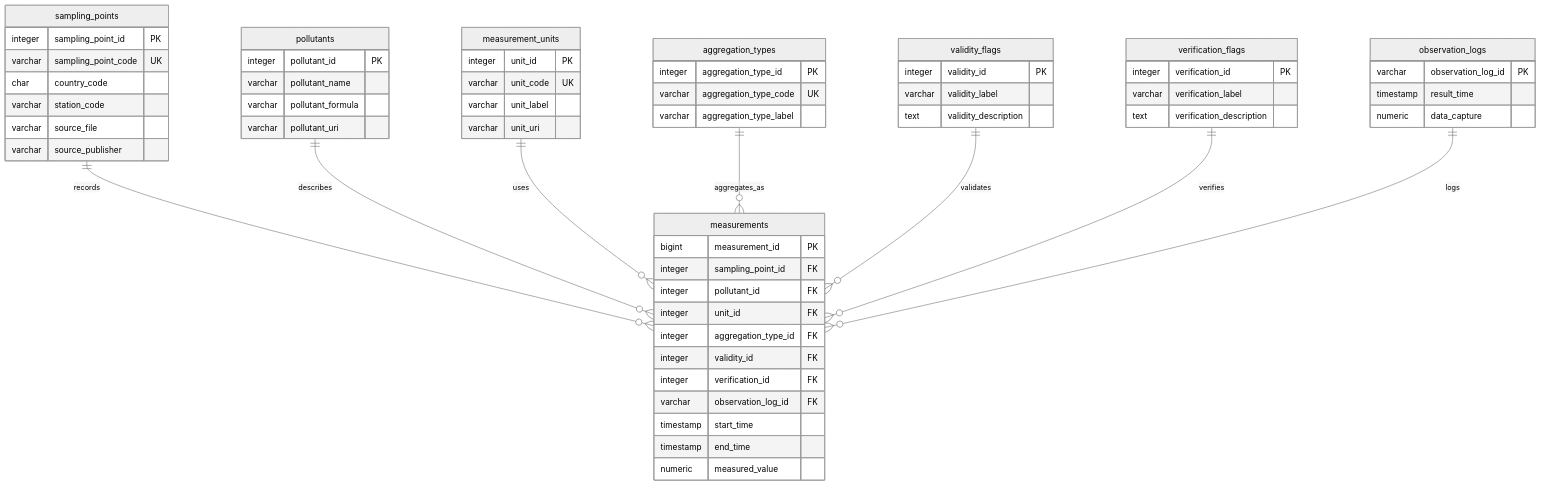
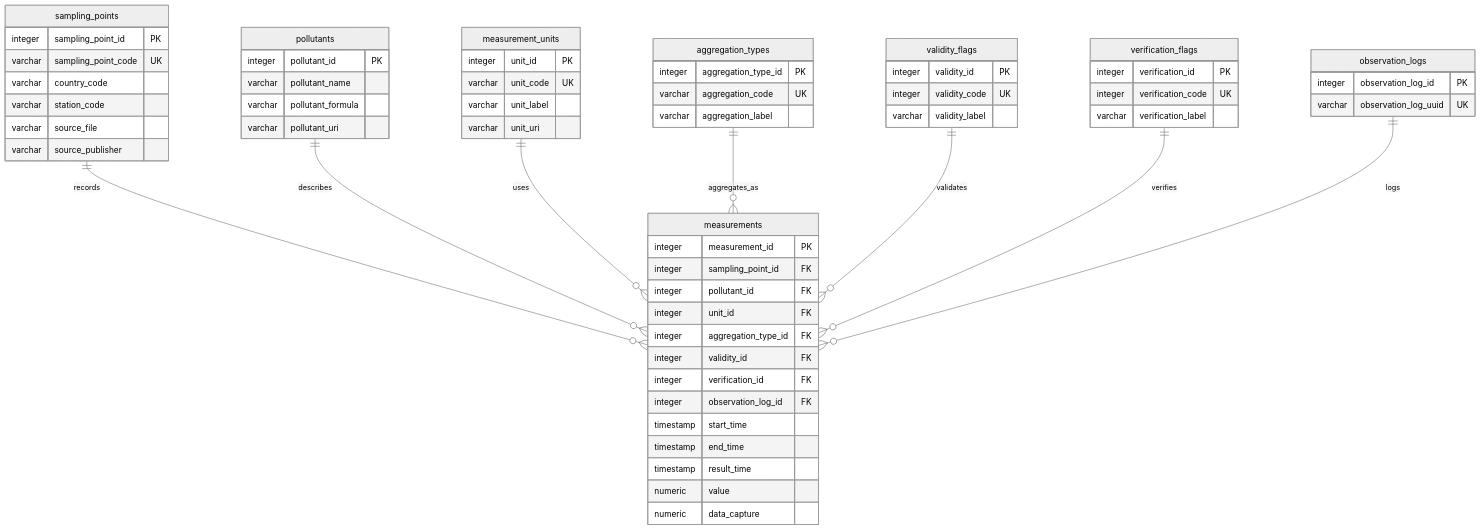
Before and after one commit to tayyabsajjad3/no2-air-quality-classification-austria: the diagram in docs/er-diagram.md, drawn with Mermaid (neutral theme). The commit also changed other lines of this file and 8 other files, not shown here.

Commit message:
Record DBRepo schema setup and align A/B metadata

````diff
--- a/docs/er-diagram.md
+++ b/docs/er-diagram.md
@@ -3,71 +3,72 @@
 ```mermaid
 erDiagram
     sampling_points ||--o{ measurements : records
     pollutants ||--o{ measurements : describes
     measurement_units ||--o{ measurements : uses
     aggregation_types ||--o{ measurements : aggregates_as
     validity_flags ||--o{ measurements : validates
     verification_flags ||--o{ measurements : verifies
     observation_logs ||--o{ measurements : logs
 
     sampling_points {
         integer sampling_point_id PK
         varchar sampling_point_code UK
-        char country_code
+        varchar country_code
         varchar station_code
         varchar source_file
         varchar source_publisher
     }
 
     pollutants {
         integer pollutant_id PK
         varchar pollutant_name
         varchar pollutant_formula
         varchar pollutant_uri
     }
 
     measurement_units {
         integer unit_id PK
         varchar unit_code UK
         varchar unit_label
         varchar unit_uri
     }
 
     aggregation_types {
         integer aggregation_type_id PK
-        varchar aggregation_type_code UK
-        varchar aggregation_type_label
+        varchar aggregation_code UK
+        varchar aggregation_label
     }
 
     validity_flags {
         integer validity_id PK
+        integer validity_code UK
         varchar validity_label
-        text validity_description
     }
 
     verification_flags {
         integer verification_id PK
+        integer verification_code UK
         varchar verification_label
-        text verification_description
     }
 
     observation_logs {
-        varchar observation_log_id PK
-        timestamp result_time
-        numeric data_capture
+        integer observation_log_id PK
+        varchar observation_log_uuid UK
     }
 
     measurements {
-        bigint measurement_id PK
+        integer measurement_id PK
         integer sampling_point_id FK
         integer pollutant_id FK
         integer unit_id FK
         integer aggregation_type_id FK
         integer validity_id FK
         integer verification_id FK
-        varchar observation_log_id FK
+        integer observation_log_id FK
         timestamp start_time
         timestamp end_time
-        numeric measured_value
+        timestamp result_time
+        numeric value
+        numeric data_capture
     }
 ```
````
